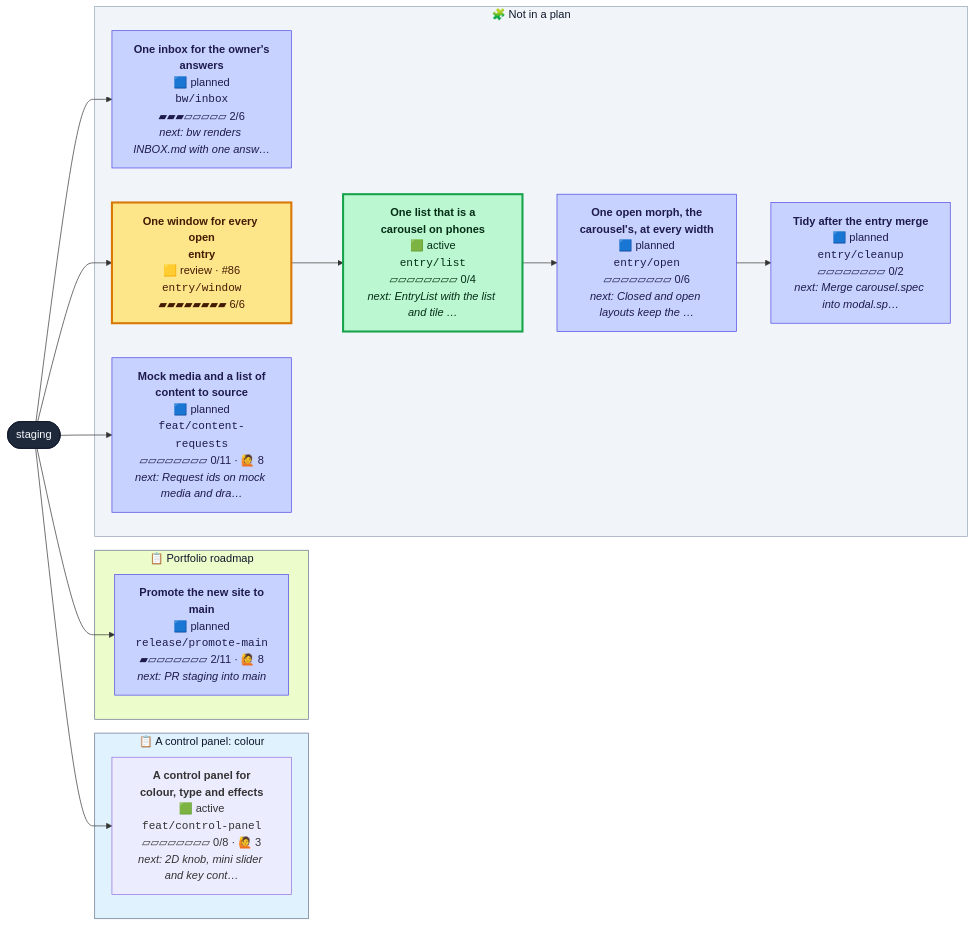
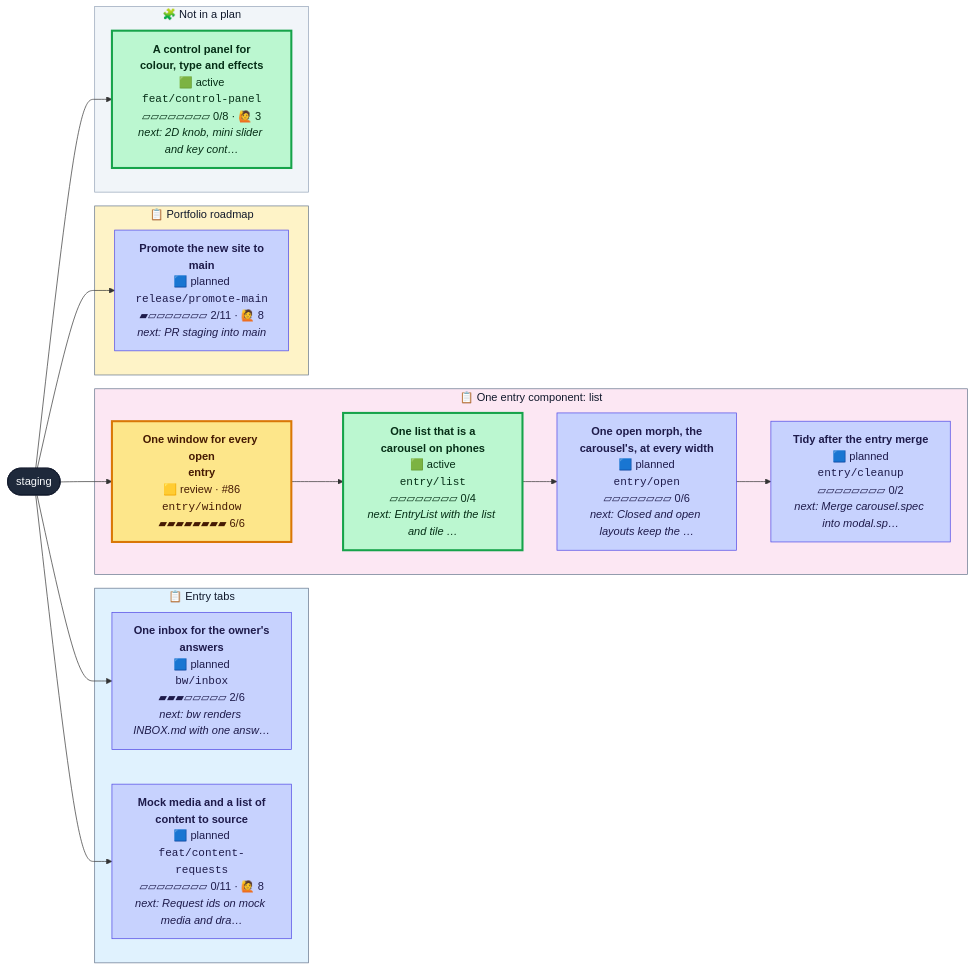
The diagram in CONTRIBUTING.md (henryjonescodes/portfolio), drawn with Mermaid before and after one commit. The commit also changed other lines of this file, not shown here.

````diff
--- a/CONTRIBUTING.md
+++ b/CONTRIBUTING.md
@@ -16,44 +16,47 @@
 ```mermaid
 flowchart LR
   n_staging([staging])
   class n_staging trunk
-  subgraph plan_0["📋 A control panel: colour"]
-    n_feat_control_panel["<b>A control panel for<br/>colour, type and effects</b><br/>🟩 active<br/><code>feat/control-panel</code><br/>▱▱▱▱▱▱▱▱ 0/8 · 🙋 3<br/><i>next: 2D knob, mini slider and key cont…</i>"]
-    class n_feat_control_panel active,current
+  subgraph plan_0["📋 Entry tabs"]
+    n_bw_inbox["<b>One inbox for the owner's<br/>answers</b><br/>🟦 planned<br/><code>bw/inbox</code><br/>▰▰▰▱▱▱▱▱ 2/6<br/><i>next: bw renders INBOX.md with one answ…</i>"]
+    class n_bw_inbox planned
+    n_feat_content_requests["<b>Mock media and a list of<br/>content to source</b><br/>🟦 planned<br/><code>feat/content-requests</code><br/>▱▱▱▱▱▱▱▱ 0/11 · 🙋 8<br/><i>next: Request ids on mock media and dra…</i>"]
+    class n_feat_content_requests planned
   end
   style plan_0 fill:#e0f2fe,stroke:#64748b,color:#0f172a
-  subgraph plan_2["📋 Portfolio roadmap"]
-    n_release_promote_main["<b>Promote the new site to<br/>main</b><br/>🟦 planned<br/><code>release/promote-main</code><br/>▰▱▱▱▱▱▱▱ 2/11 · 🙋 8<br/><i>next: PR staging into main</i>"]
-    class n_release_promote_main planned
-  end
-  style plan_2 fill:#ecfccb,stroke:#64748b,color:#0f172a
-  subgraph loose["🧩 Not in a plan"]
-    n_bw_inbox["<b>One inbox for the owner's<br/>answers</b><br/>🟦 planned<br/><code>bw/inbox</code><br/>▰▰▰▱▱▱▱▱ 2/6<br/><i>next: bw renders INBOX.md with one answ…</i>"]
-    class n_bw_inbox planned
+  subgraph plan_1["📋 One entry component: list"]
     n_entry_cleanup["<b>Tidy after the entry merge</b><br/>🟦 planned<br/><code>entry/cleanup</code><br/>▱▱▱▱▱▱▱▱ 0/2<br/><i>next: Merge carousel.spec into modal.sp…</i>"]
     class n_entry_cleanup planned
     n_entry_list["<b>One list that is a<br/>carousel on phones</b><br/>🟩 active<br/><code>entry/list</code><br/>▱▱▱▱▱▱▱▱ 0/4<br/><i>next: EntryList with the list and tile …</i>"]
     class n_entry_list active
     n_entry_open["<b>One open morph, the<br/>carousel's, at every width</b><br/>🟦 planned<br/><code>entry/open</code><br/>▱▱▱▱▱▱▱▱ 0/6<br/><i>next: Closed and open layouts keep the …</i>"]
     class n_entry_open planned
     n_entry_window["<b>One window for every open<br/>entry</b><br/>🟨 review · #86<br/><code>entry/window</code><br/>▰▰▰▰▰▰▰▰ 6/6"]
     class n_entry_window review
-    n_feat_content_requests["<b>Mock media and a list of<br/>content to source</b><br/>🟦 planned<br/><code>feat/content-requests</code><br/>▱▱▱▱▱▱▱▱ 0/11 · 🙋 8<br/><i>next: Request ids on mock media and dra…</i>"]
-    class n_feat_content_requests planned
+  end
+  style plan_1 fill:#fce7f3,stroke:#64748b,color:#0f172a
+  subgraph plan_3["📋 Portfolio roadmap"]
+    n_release_promote_main["<b>Promote the new site to<br/>main</b><br/>🟦 planned<br/><code>release/promote-main</code><br/>▰▱▱▱▱▱▱▱ 2/11 · 🙋 8<br/><i>next: PR staging into main</i>"]
+    class n_release_promote_main planned
+  end
+  style plan_3 fill:#fef3c7,stroke:#64748b,color:#0f172a
+  subgraph loose["🧩 Not in a plan"]
+    n_feat_control_panel["<b>A control panel for<br/>colour, type and effects</b><br/>🟩 active<br/><code>feat/control-panel</code><br/>▱▱▱▱▱▱▱▱ 0/8 · 🙋 3<br/><i>next: 2D knob, mini slider and key cont…</i>"]
+    class n_feat_control_panel active
   end
   style loose fill:#f1f5f9,stroke:#94a3b8,color:#0f172a
   n_staging --> n_bw_inbox
   n_entry_open --> n_entry_cleanup
   n_entry_window --> n_entry_list
   n_entry_list --> n_entry_open
   n_staging --> n_entry_window
   n_staging --> n_feat_content_requests
   n_staging --> n_feat_control_panel
   n_staging --> n_release_promote_main
   classDef planned fill:#c7d2fe,stroke:#4f46e5,color:#1e1b4b
   classDef active fill:#bbf7d0,stroke:#16a34a,stroke-width:3px,color:#052e16
   classDef review fill:#fde68a,stroke:#d97706,stroke-width:3px,color:#451a03
   classDef blocked fill:#fecaca,stroke:#dc2626,stroke-width:3px,color:#450a0a
   classDef trunk fill:#1e293b,stroke:#0f172a,color:#f8fafc
   classDef current stroke:#0ea5e9,stroke-width:5px
 ```
````
